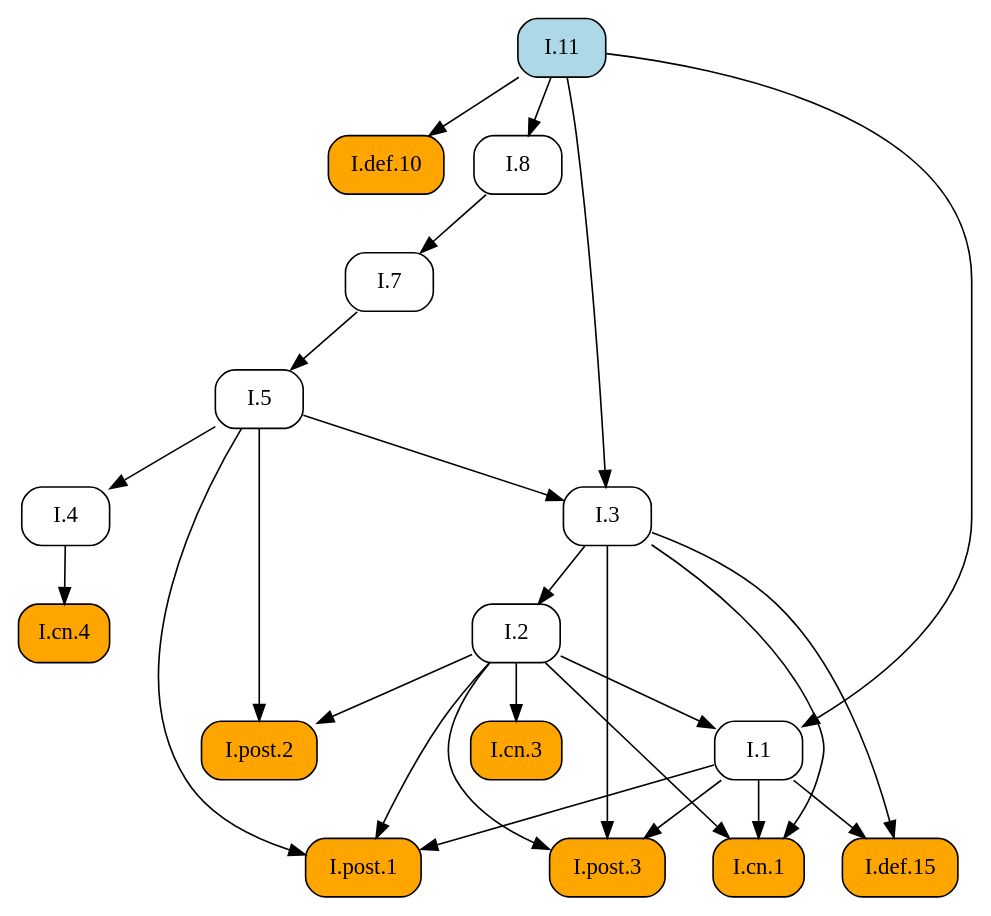
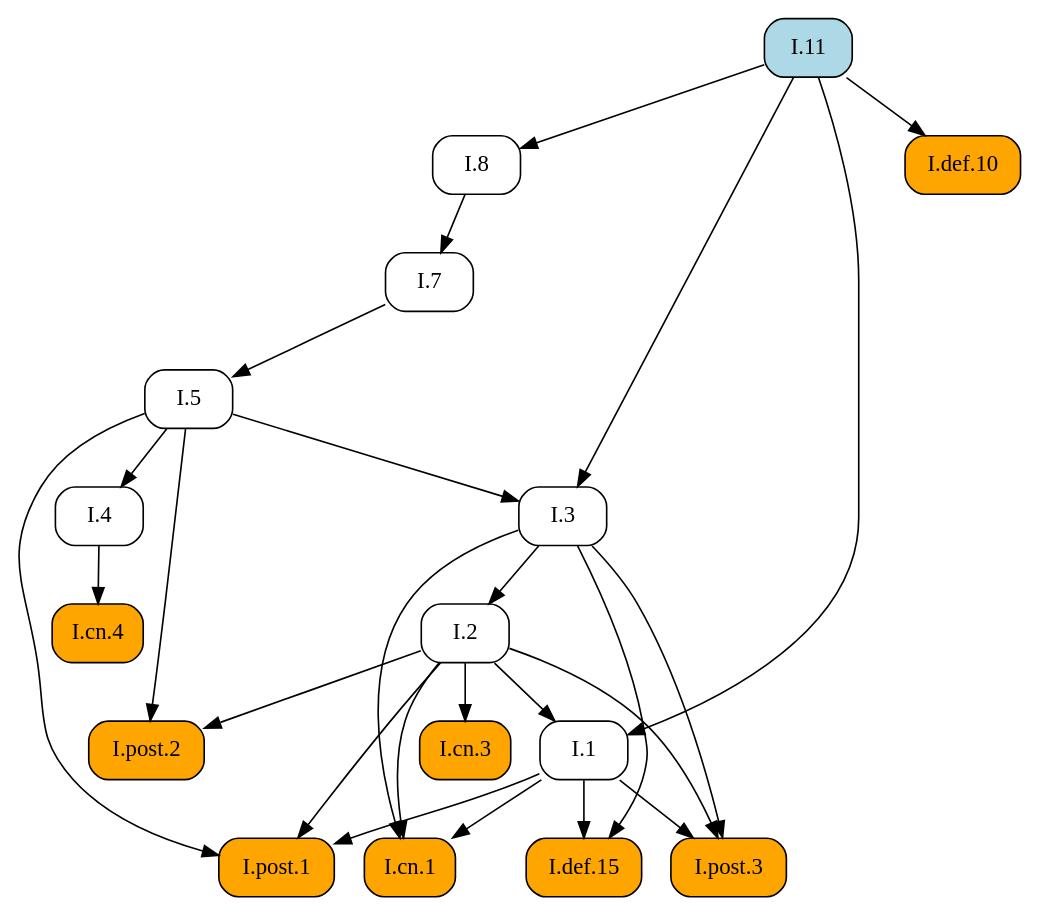
One commit to geometor/elements changed the diagram in docsrc/elements2/I/11/index.rst. Above: the diagram before and after it, drawn with Graphviz. The commit also changed other lines of this file and 171 other files, not shown here.

```diff
--- a/docsrc/elements2/I/11/index.rst
+++ b/docsrc/elements2/I/11/index.rst
@@ -56,47 +56,47 @@
 .. graphviz::
 
    digraph {
      rankdir="TB";
      node [shape=box, style=rounded];
+     "I.8" [URL="/elements2/I/8/", target="_top"];
+     "I.post.3" [style="rounded,filled", fillcolor=orange, URL="/elements2/I/post.3/", target="_top"];
+     "I.2" [URL="/elements2/I/2/", target="_top"];
+     "I.1" [URL="/elements2/I/1/", target="_top"];
+     "I.cn.3" [style="rounded,filled", fillcolor=orange, URL="/elements2/I/cn.3/", target="_top"];
+     "I.cn.4" [style="rounded,filled", fillcolor=orange, URL="/elements2/I/cn.4/", target="_top"];
+     "I.def.15" [style="rounded,filled", fillcolor=orange, URL="/elements2/I/def.15/", target="_top"];
+     "I.4" [URL="/elements2/I/4/", target="_top"];
+     "I.7" [URL="/elements2/I/7/", target="_top"];
+     "I.post.1" [style="rounded,filled", fillcolor=orange, URL="/elements2/I/post.1/", target="_top"];
+     "I.11" [style="rounded,filled", fillcolor=lightblue, URL="/elements2/I/11/", target="_top"];
+     "I.3" [URL="/elements2/I/3/", target="_top"];
+     "I.post.2" [style="rounded,filled", fillcolor=orange, URL="/elements2/I/post.2/", target="_top"];
+     "I.5" [URL="/elements2/I/5/", target="_top"];
+     "I.cn.1" [style="rounded,filled", fillcolor=orange, URL="/elements2/I/cn.1/", target="_top"];
      "I.def.10" [style="rounded,filled", fillcolor=orange, URL="/elements2/I/def.10/", target="_top"];
-     "I.post.2" [style="rounded,filled", fillcolor=orange, URL="/elements2/I/post.2/", target="_top"];
-     "I.8" [URL="/elements2/I/8/", target="_top"];
-     "I.post.1" [style="rounded,filled", fillcolor=orange, URL="/elements2/I/post.1/", target="_top"];
-     "I.cn.1" [style="rounded,filled", fillcolor=orange, URL="/elements2/I/cn.1/", target="_top"];
-     "I.2" [URL="/elements2/I/2/", target="_top"];
-     "I.3" [URL="/elements2/I/3/", target="_top"];
-     "I.7" [URL="/elements2/I/7/", target="_top"];
-     "I.cn.3" [style="rounded,filled", fillcolor=orange, URL="/elements2/I/cn.3/", target="_top"];
-     "I.5" [URL="/elements2/I/5/", target="_top"];
-     "I.def.15" [style="rounded,filled", fillcolor=orange, URL="/elements2/I/def.15/", target="_top"];
-     "I.cn.4" [style="rounded,filled", fillcolor=orange, URL="/elements2/I/cn.4/", target="_top"];
-     "I.post.3" [style="rounded,filled", fillcolor=orange, URL="/elements2/I/post.3/", target="_top"];
-     "I.11" [style="rounded,filled", fillcolor=lightblue, URL="/elements2/I/11/", target="_top"];
-     "I.1" [URL="/elements2/I/1/", target="_top"];
-     "I.4" [URL="/elements2/I/4/", target="_top"];
-     "I.11" -> "I.def.10";
-     "I.2" -> "I.post.2";
-     "I.5" -> "I.post.2";
      "I.11" -> "I.8";
+     "I.1" -> "I.post.3";
+     "I.2" -> "I.post.3";
+     "I.3" -> "I.post.3";
+     "I.3" -> "I.2";
+     "I.2" -> "I.1";
+     "I.11" -> "I.1";
+     "I.2" -> "I.cn.3";
+     "I.4" -> "I.cn.4";
+     "I.1" -> "I.def.15";
+     "I.3" -> "I.def.15";
+     "I.5" -> "I.4";
+     "I.8" -> "I.7";
      "I.1" -> "I.post.1";
      "I.2" -> "I.post.1";
      "I.5" -> "I.post.1";
+     "I.5" -> "I.3";
+     "I.11" -> "I.3";
+     "I.2" -> "I.post.2";
+     "I.5" -> "I.post.2";
+     "I.7" -> "I.5";
      "I.1" -> "I.cn.1";
      "I.2" -> "I.cn.1";
      "I.3" -> "I.cn.1";
-     "I.3" -> "I.2";
-     "I.5" -> "I.3";
-     "I.11" -> "I.3";
-     "I.8" -> "I.7";
-     "I.2" -> "I.cn.3";
-     "I.7" -> "I.5";
-     "I.1" -> "I.def.15";
-     "I.3" -> "I.def.15";
-     "I.4" -> "I.cn.4";
-     "I.1" -> "I.post.3";
-     "I.2" -> "I.post.3";
-     "I.3" -> "I.post.3";
-     "I.2" -> "I.1";
-     "I.11" -> "I.1";
-     "I.5" -> "I.4";
+     "I.11" -> "I.def.10";
    }
```
